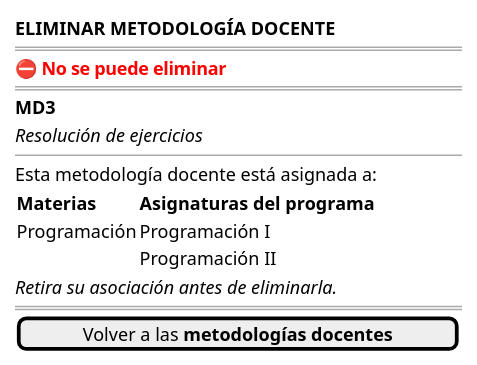
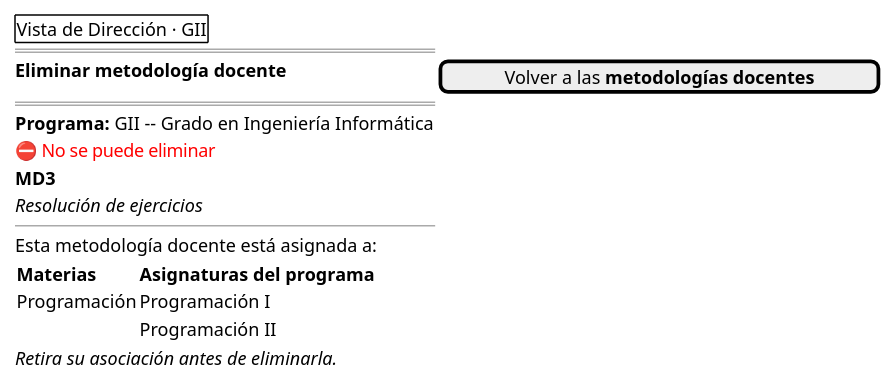
The first of 2 diagrams in RUP/01-requisitos/03-detalle-casos-uso/eliminarMetodologiaDocente/wireframes.puml (mmasias/pyCeldaPublico), drawn with PlantUML before and after one commit. The commit also changed other lines of this file and 353 other files, not shown here.

```diff
--- a/RUP/01-requisitos/03-detalle-casos-uso/eliminarMetodologiaDocente/wireframes.puml
+++ b/RUP/01-requisitos/03-detalle-casos-uso/eliminarMetodologiaDocente/wireframes.puml
@@ -1,20 +1,20 @@
 @startsalt eliminarMetodologiaDocente-wireframe-bloqueada
 {
-    <b>ELIMINAR METODOLOGÍA DOCENTE</b>
+    {+ Vista de Dirección · GII }
     ====
-    <color:red><b>⛔ No se puede eliminar</b></color>
+    <b>Eliminar metodología docente</b> | [ Volver a las <b>metodologías docentes</b> ]
     ====
+    <b>Programa:</b> GII -- Grado en Ingeniería Informática
+    <color:red>⛔ No se puede eliminar</color>
     <b>MD3</b>
     <i>Resolución de ejercicios</i>
     --
     Esta metodología docente está asignada a:
     {
         <b>Materias</b> | <b>Asignaturas del programa</b>
         Programación | Programación I
         . | Programación II
     }
     <i>Retira su asociación antes de eliminarla.</i>
-    ====
-    [ Volver a las <b>metodologías docentes</b> ]
 }
 @endsalt
```
